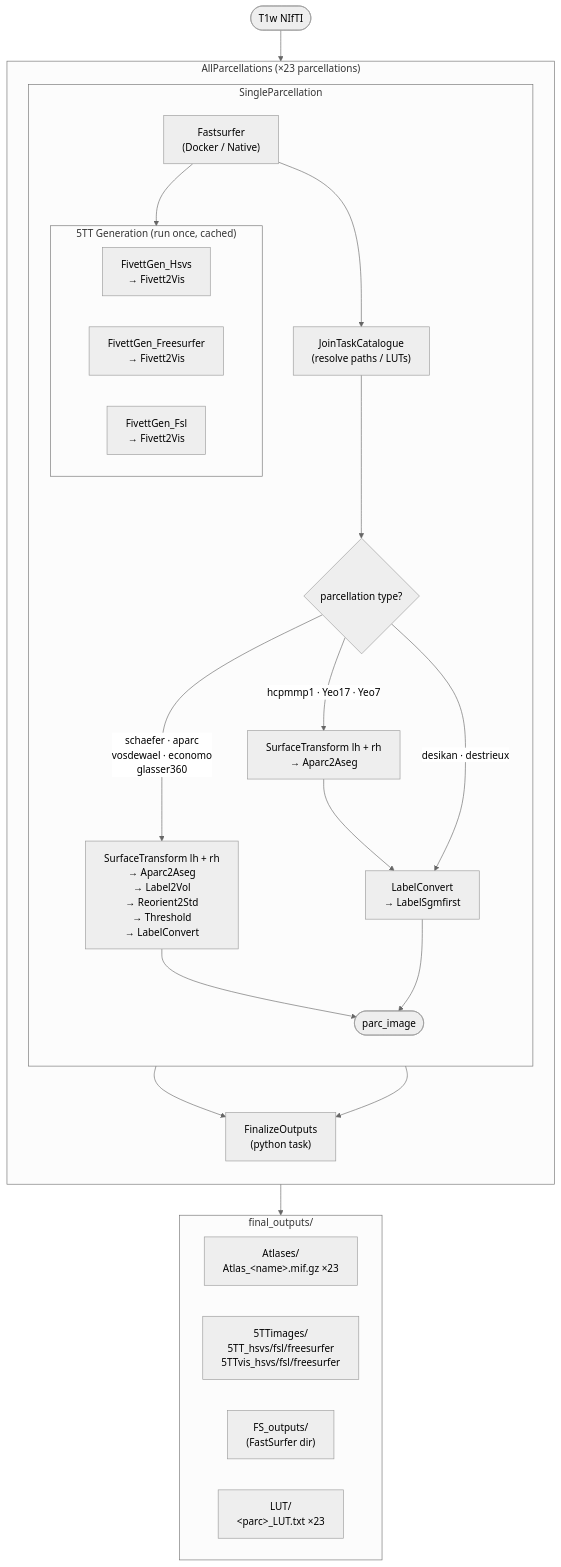
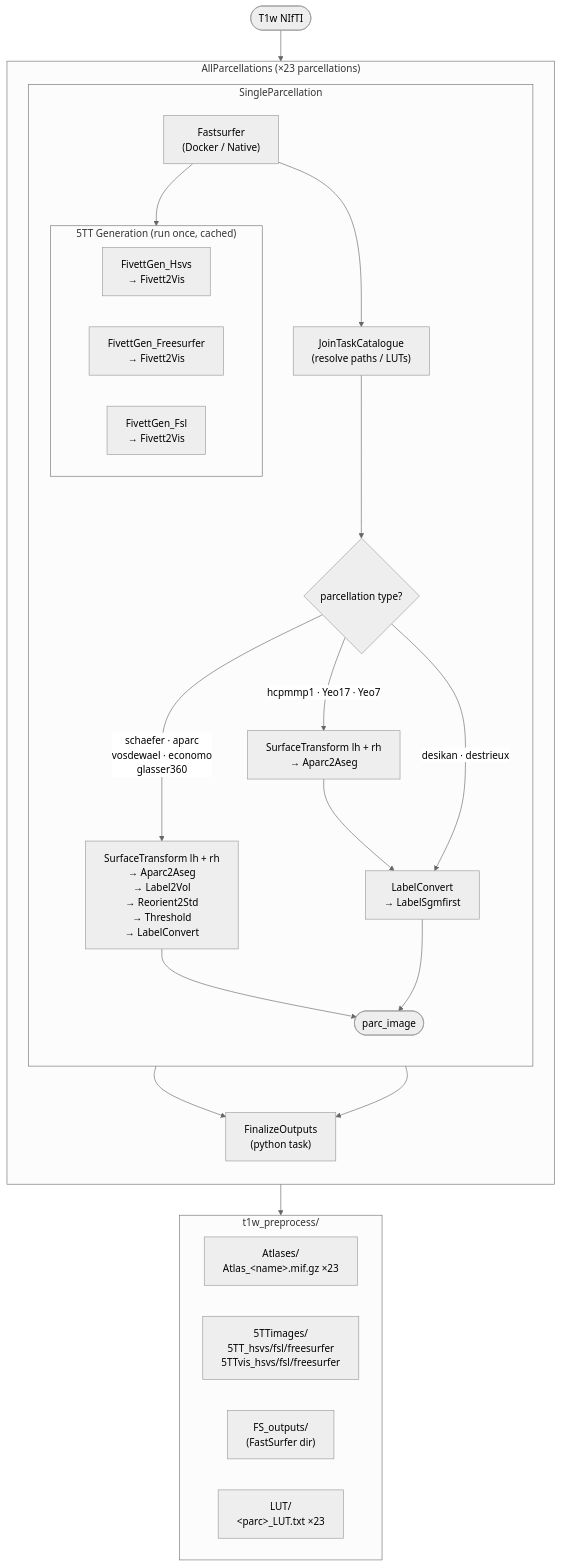
Before and after one commit to Australian-Imaging-Service/pipelines: the diagram in docs/all_parcs_flow.md, drawn with Mermaid (neutral theme). The commit also changed 5 other files, not shown here.

````diff
--- a/docs/all_parcs_flow.md
+++ b/docs/all_parcs_flow.md
@@ -3,53 +3,53 @@
 ```mermaid
 flowchart TD
     T1W([T1w NIfTI]) --> AP
 
     subgraph AP["AllParcellations (×23 parcellations)"]
         direction TB
 
         subgraph SP["SingleParcellation"]
             direction TB
 
             FS["Fastsurfer<br/>(Docker / Native)"]
 
             FS --> FTT
 
             subgraph FTT["5TT Generation (run once, cached)"]
                 direction LR
                 HSVS["FivettGen_Hsvs<br/>→ Fivett2Vis"]
                 FREE["FivettGen_Freesurfer<br/>→ Fivett2Vis"]
                 FSL["FivettGen_Fsl<br/>→ Fivett2Vis"]
             end
 
             FS --> JT["JoinTaskCatalogue<br/>(resolve paths / LUTs)"]
 
             JT --> BRANCH{parcellation type?}
 
             BRANCH -->|schaefer · aparc<br/>vosdewael · economo<br/>glasser360| V2["SurfaceTransform lh + rh<br/>→ Aparc2Aseg<br/>→ Label2Vol<br/>→ Reorient2Std<br/>→ Threshold<br/>→ LabelConvert"]
 
             BRANCH -->|hcpmmp1 · Yeo17 · Yeo7| ORIG["SurfaceTransform lh + rh<br/>→ Aparc2Aseg"]
 
             ORIG --> SGMFIX["LabelConvert<br/>→ LabelSgmfirst"]
 
             BRANCH -->|desikan · destrieux| SGMFIX
 
             V2 --> PARC_OUT([parc_image])
             SGMFIX --> PARC_OUT
         end
 
         PARC_OUT --> FIN
         FTT --> FIN
 
         FIN["FinalizeOutputs\n(python task)"]
     end
 
     FIN --> OUT
 
-    subgraph OUT["final_outputs/"]
+    subgraph OUT["t1w_preprocess/"]
         direction LR
         ATL["Atlases/<br/>Atlas_&lt;name&gt;.mif.gz ×23"]
         TTI["5TTimages/<br/>5TT_hsvs/fsl/freesurfer<br/>5TTvis_hsvs/fsl/freesurfer"]
         FSO["FS_outputs/<br/>(FastSurfer dir)"]
         LUT["LUT/<br/>&lt;parc&gt;_LUT.txt ×23"]
     end
 ```
````
